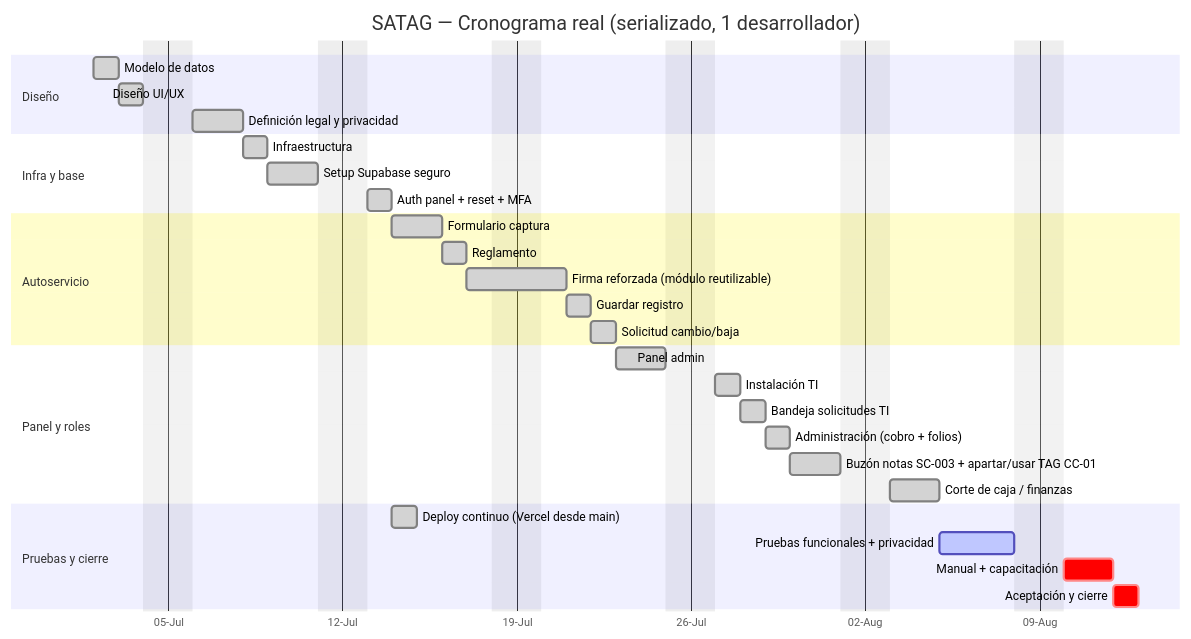
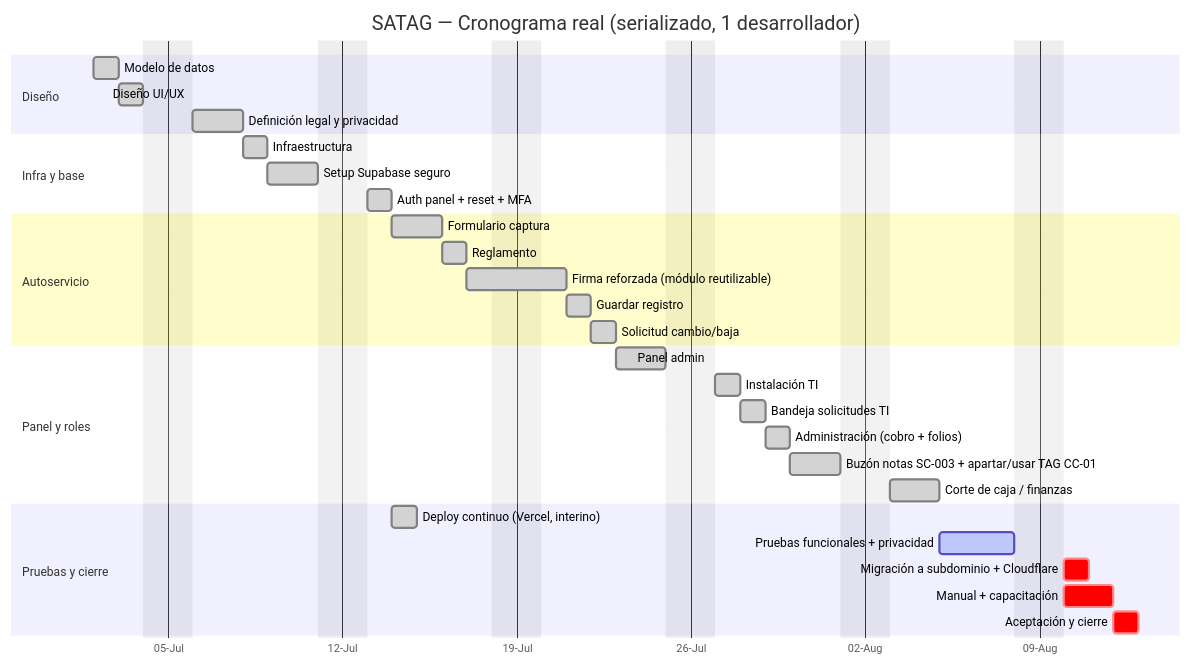
The diagram in README.md (Proyectos-Web-IAQ/SATAG), drawn with Mermaid before and after one commit. The commit also changed other lines of this file and 6 other files, not shown here.

````diff
--- a/README.md
+++ b/README.md
@@ -46,38 +47,39 @@
 ```mermaid
 gantt
   title SATAG — Cronograma real (serializado, 1 desarrollador)
   dateFormat YYYY-MM-DD
   axisFormat %d-%b
   excludes weekends
 
   section Diseño
     Modelo de datos        :done, a1, 2026-07-02, 1d
     Diseño UI/UX           :done, a2, after a1, 1d
     Definición legal y privacidad :done, a3, after a2, 1.5d
 
   section Infra y base
     Infraestructura        :done, a4, after a3, 1d
     Setup Supabase seguro  :done, a5, after a4, 1.5d
     Auth panel + reset + MFA :done, a6, after a5, 0.5d
 
   section Autoservicio
     Formulario captura     :done, a7, after a6, 1.5d
     Reglamento             :done, a8, after a7, 0.5d
     Firma reforzada (módulo reutilizable) :done, a9, after a8, 2d
     Guardar registro       :done, a10, after a9, 1d
     Solicitud cambio/baja  :done, a10b, after a10, 0.5d
 
   section Panel y roles
     Panel admin            :done, a11, after a10b, 1.5d
     Instalación TI         :done, a12, after a11, 1d
     Bandeja solicitudes TI :done, a12b, after a12, 0.5d
     Administración (cobro + folios) :done, a13, after a12b, 1d
     Buzón notas SC-003 + apartar/usar TAG CC-01 :done, a13a, after a13, 1.5d
     Corte de caja / finanzas :done, a13b, after a13a, 1.5d
 
   section Pruebas y cierre
-    Deploy continuo (Vercel desde main) :done, a15, after a6, 0.5d
+    Deploy continuo (Vercel, interino) :done, a15, after a6, 0.5d
     Pruebas funcionales + privacidad :active, a14, after a13b, 3d
+    Migración a subdominio + Cloudflare :crit, a15b, after a14, 0.5d
     Manual + capacitación  :crit, a16, after a14, 1.5d
     Aceptación y cierre    :crit, a17, after a16, 0.5d
 ```
````
